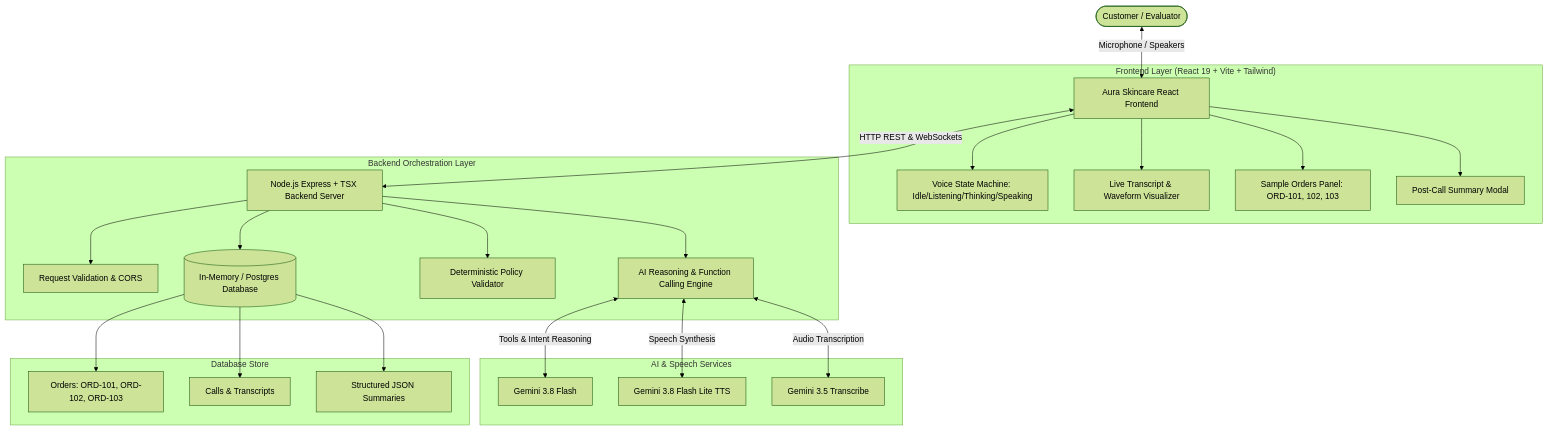
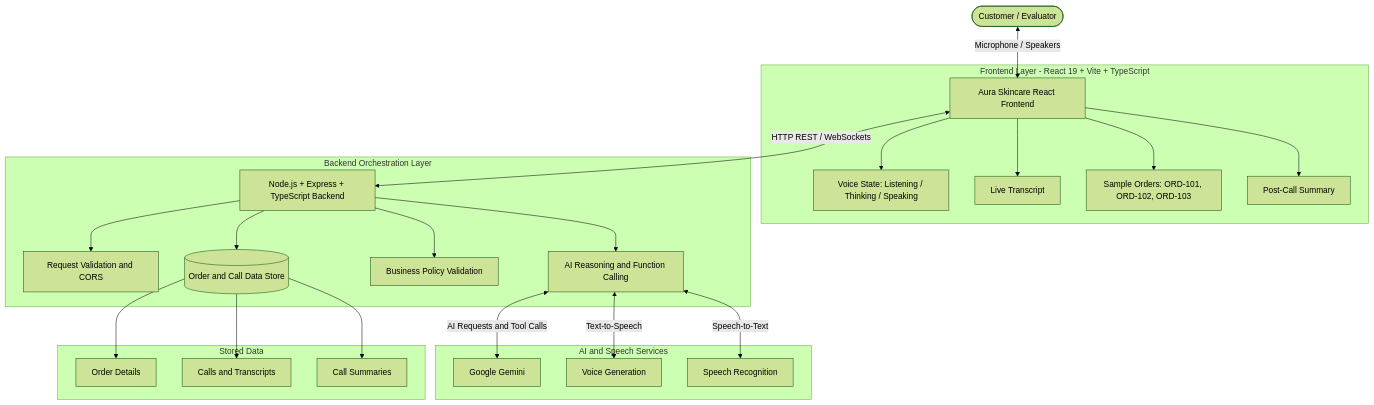
One commit to saylikatkar/AI-Customer-Support changed the diagram in README.md. Above: the diagram before and after it, drawn with Mermaid (forest theme).

````diff
--- a/README.md
+++ b/README.md
@@ -53,32 +53,34 @@
 ```mermaid
+
 graph TD
     User([Customer / Evaluator]) <-->|Microphone / Speakers| UI[Aura Skincare React Frontend]
 
-    subgraph "Frontend Layer (React 19 + Vite + Tailwind)"
-        UI --> VM[Voice State Machine: Idle/Listening/Thinking/Speaking]
-        UI --> TR[Live Transcript & Waveform Visualizer]
-        UI --> SO[Sample Orders Panel: ORD-101, 102, 103]
-        UI --> PC[Post-Call Summary Modal]
+    subgraph Frontend["Frontend Layer - React 19 + Vite + TypeScript"]
+        UI --> VM[Voice State: Listening / Thinking / Speaking]
+        UI --> TR[Live Transcript]
+        UI --> SO[Sample Orders: ORD-101, ORD-102, ORD-103]
+        UI --> PC[Post-Call Summary]
     end
 
-    UI <-->|HTTP REST & WebSockets| Server[Node.js Express + TSX Backend Server]
+    UI <-->|HTTP REST / WebSockets| Server[Node.js + Express + TypeScript Backend]
 
-    subgraph "Backend Orchestration Layer"
-        Server --> Auth[Request Validation & CORS]
-        Server --> Orchestrator[AI Reasoning & Function Calling Engine]
-        Server --> PolicyEngine[Deterministic Policy Validator]
-        Server --> DB[(In-Memory / Postgres Database)]
+    subgraph Backend["Backend Orchestration Layer"]
+        Server --> Validation[Request Validation and CORS]
+        Server --> Orchestrator[AI Reasoning and Function Calling]
+        Server --> Policy[Business Policy Validation]
+        Server --> DB[(Order and Call Data Store)]
     end
 
-    subgraph "AI & Speech Services"
-        Orchestrator <-->|Tools & Intent Reasoning| GeminiFlash[Gemini 3.8 Flash]
-        Orchestrator <-->|Speech Synthesis| GeminiTTS[Gemini 3.8 Flash Lite TTS]
-        Orchestrator <-->|Audio Transcription| GeminiTranscribe[Gemini 3.5 Transcribe]
+    subgraph AI["AI and Speech Services"]
+        Orchestrator <-->|AI Requests and Tool Calls| Gemini[Google Gemini]
+        Orchestrator <-->|Text-to-Speech| TTS[Voice Generation]
+        Orchestrator <-->|Speech-to-Text| STT[Speech Recognition]
     end
 
-    subgraph "Database Store"
-        DB --> OrdersTable[Orders: ORD-101, ORD-102, ORD-103]
-        DB --> CallsTable[Calls & Transcripts]
-        DB --> SummariesTable[Structured JSON Summaries]
+    subgraph Data["Stored Data"]
+        DB --> Orders[Order Details]
+        DB --> Calls[Calls and Transcripts]
+        DB --> Summaries[Call Summaries]
     end
+
 ```
````
